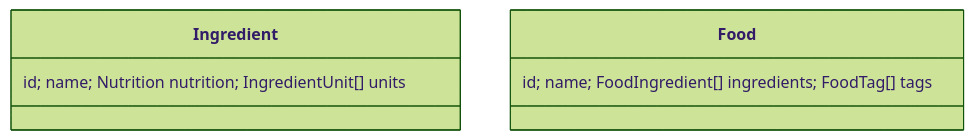
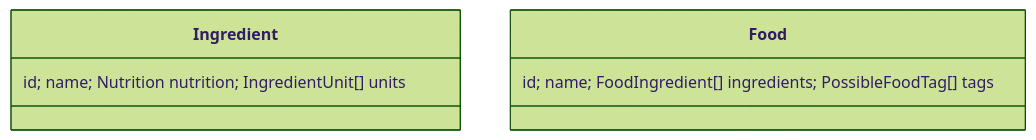
One commit to alexandrugavrila/Nutrition changed the second of 2 diagrams in README.md. Above: the diagram before and after it, drawn with Mermaid (forest theme). The commit also changed other lines of this file, not shown here.

Commit message:
Align frontend diagram with PossibleFoodTag

````diff
--- a/README.md
+++ b/README.md
@@ -142,5 +144,5 @@
 ```mermaid
 classDiagram
   class Ingredient { id; name; Nutrition nutrition; IngredientUnit[] units }
-  class Food { id; name; FoodIngredient[] ingredients; FoodTag[] tags }
+  class Food { id; name; FoodIngredient[] ingredients; PossibleFoodTag[] tags }
 ```
````
